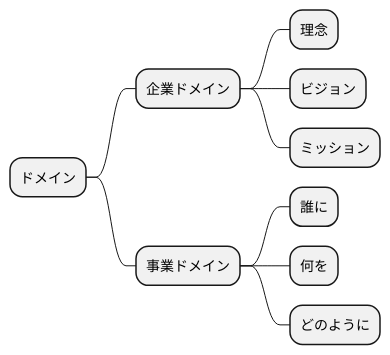
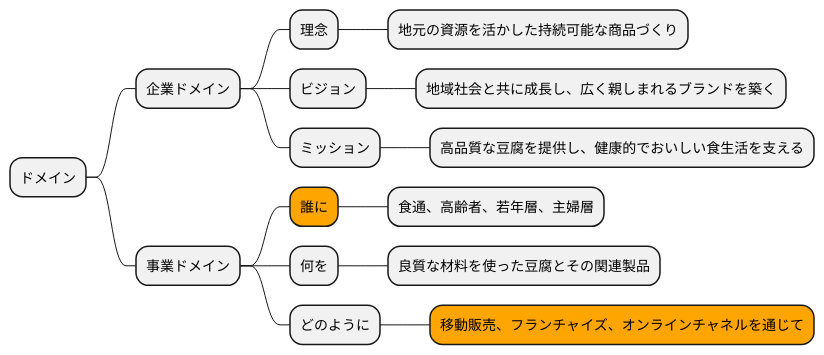
One commit to k2works/case-sutudy-business-analysis changed the fifth of 16 diagrams in docs/case/r03_case_2.adoc. Above: the diagram before and after it, drawn with PlantUML. The commit also changed other lines of this file, not shown here.

```diff
--- a/docs/case/r03_case_2.adoc
+++ b/docs/case/r03_case_2.adoc
@@ -168,16 +186,22 @@
 [plantuml]
 ----
 @startmindmap
 
 * ドメイン
 ** 企業ドメイン
 *** 理念
+**** 地元の資源を活かした持続可能な商品づくり
 *** ビジョン
+**** 地域社会と共に成長し、広く親しまれるブランドを築く
 *** ミッション
+**** 高品質な豆腐を提供し、健康的でおいしい食生活を支える
 ** 事業ドメイン
-*** 誰に
+***[#orange] 誰に
+**** 食通、高齢者、若年層、主婦層
 *** 何を
+**** 良質な材料を使った豆腐とその関連製品
 *** どのように
+****[#orange] 移動販売、フランチャイズ、オンラインチャネルを通じて
 
 @endmindmap
 ----
```
